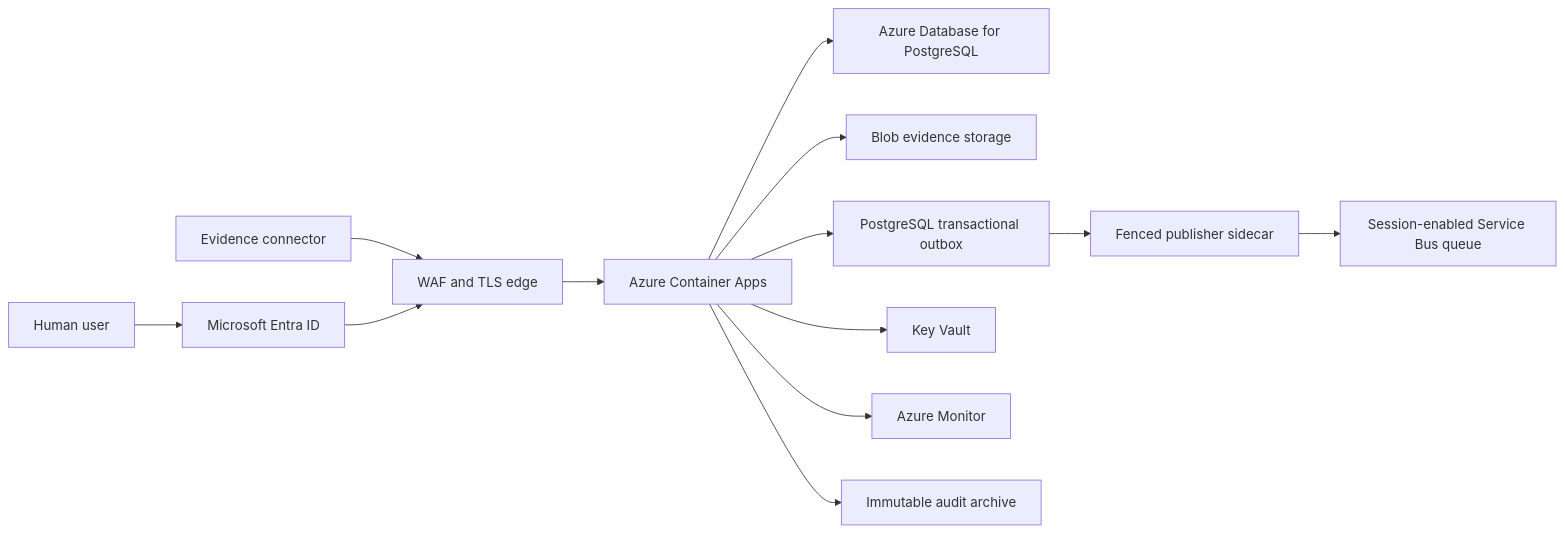
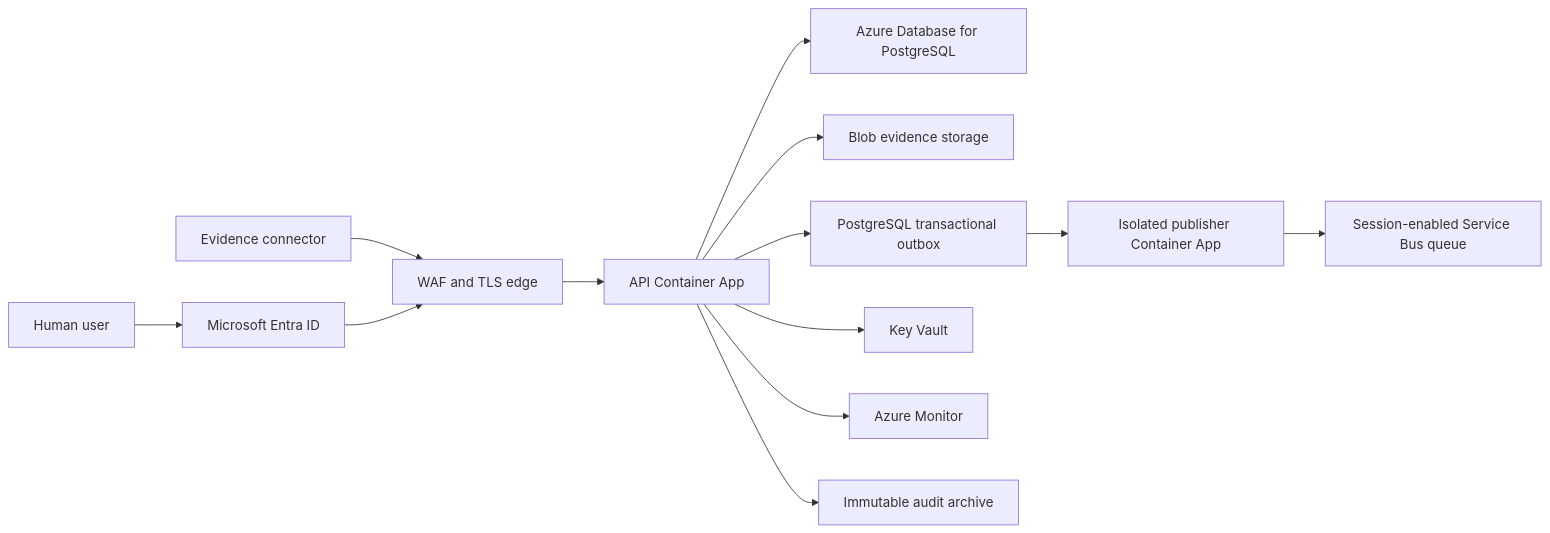
Before and after one commit to SuriyaBoon/SentinelGRC: the diagram in docs/azure-production-pilot.md, drawn with Mermaid. The commit also changed other lines of this file and 15 other files, not shown here.

````diff
--- a/docs/azure-production-pilot.md
+++ b/docs/azure-production-pilot.md
@@ -49,15 +49,15 @@
 ```mermaid
 flowchart LR
     User["Human user"] --> Entra["Microsoft Entra ID"]
     Agent["Evidence connector"] --> Edge["WAF and TLS edge"]
     Entra --> Edge
-    Edge --> App["Azure Container Apps"]
+    Edge --> App["API Container App"]
     App --> Pg["Azure Database for PostgreSQL"]
     App --> Blob["Blob evidence storage"]
     App --> Outbox["PostgreSQL transactional outbox"]
-    Outbox --> Worker["Fenced publisher sidecar"]
+    Outbox --> Worker["Isolated publisher Container App"]
     Worker --> Queue["Session-enabled Service Bus queue"]
     App --> Vault["Key Vault"]
     App --> Monitor["Azure Monitor"]
     App --> Worm["Immutable audit archive"]
 ```
````
